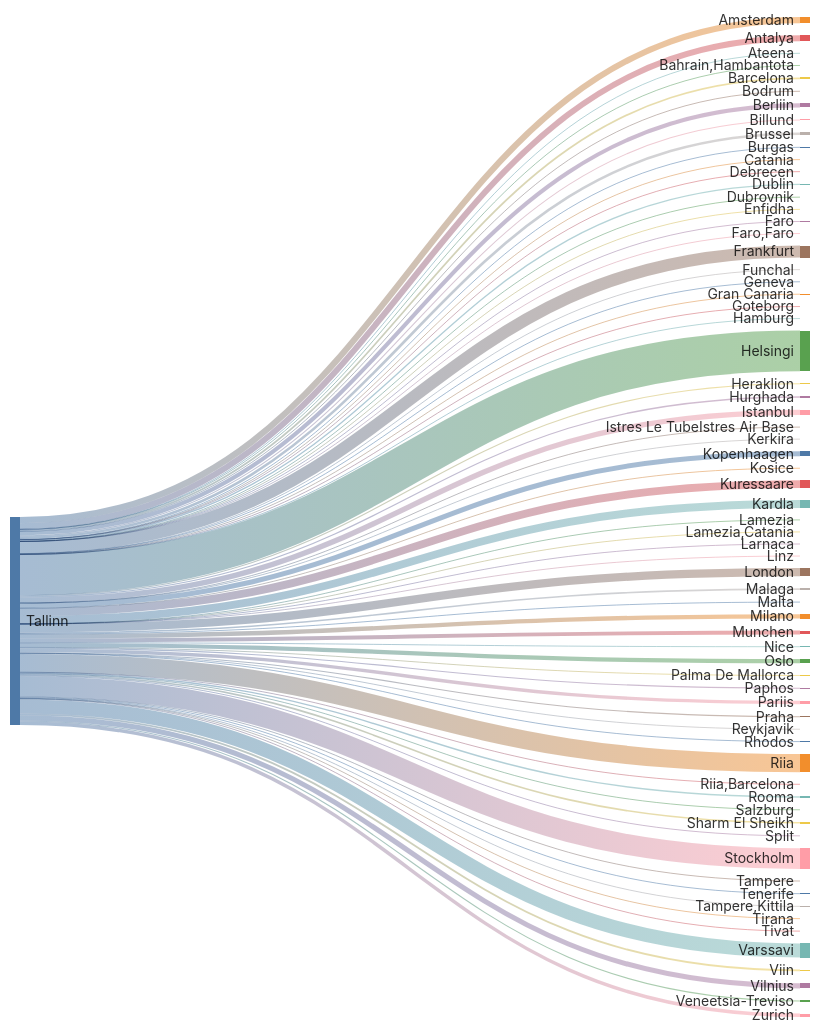
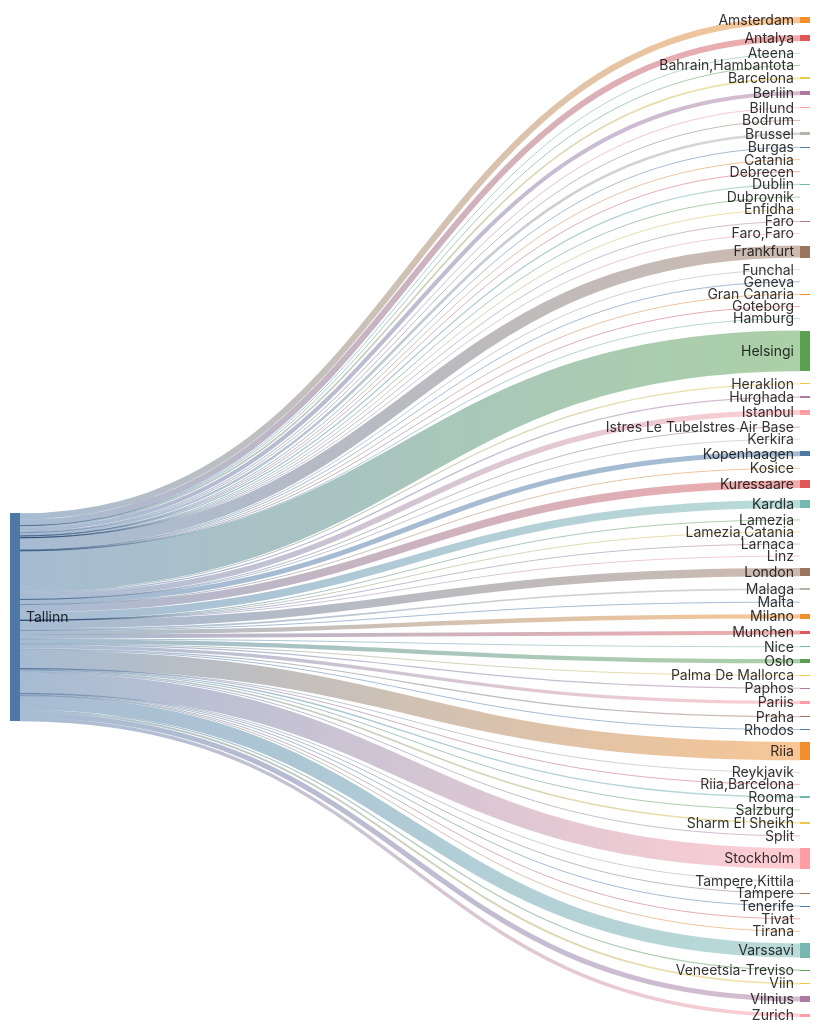
One commit to rainermesi/tll-airport-departures changed the second of 2 diagrams in README.md. Above: the diagram before and after it, drawn with Mermaid. The commit also changed other lines of this file and 1 other file, not shown here.

````diff
--- a/README.md
+++ b/README.md
@@ -34,80 +34,80 @@
 ```mermaid
 ---
 config:
   sankey:
     showValues: false
     width: 800
     height: 1000
 ---
 sankey-beta
 %% source,target,value
-Tallinn,Amsterdam,361
-Tallinn,Antalya,348
+Tallinn,Amsterdam,363
+Tallinn,Antalya,351
 Tallinn,Ateena,16
 Tallinn,"Bahrain,Hambantota",1
 Tallinn,Barcelona,101
-Tallinn,Berliin,236
+Tallinn,Berliin,238
 Tallinn,Billund,59
 Tallinn,Bodrum,11
 Tallinn,Brussel,153
-Tallinn,Burgas,32
+Tallinn,Burgas,33
 Tallinn,Catania,2
 Tallinn,Debrecen,1
 Tallinn,Dublin,77
 Tallinn,Dubrovnik,21
 Tallinn,Enfidha,7
 Tallinn,Faro,4
 Tallinn,"Faro,Faro",1
-Tallinn,Frankfurt,703
+Tallinn,Frankfurt,706
 Tallinn,Funchal,5
 Tallinn,Geneva,13
 Tallinn,Gran Canaria,38
 Tallinn,Goteborg,1
 Tallinn,Hamburg,2
-Tallinn,Helsingi,2373
-Tallinn,Heraklion,65
+Tallinn,Helsingi,2383
+Tallinn,Heraklion,66
 Tallinn,Hurghada,75
-Tallinn,Istanbul,316
+Tallinn,Istanbul,317
 Tallinn,Istres Le TubeIstres Air Base,2
 Tallinn,Kerkira,4
-Tallinn,Kopenhaagen,294
+Tallinn,Kopenhaagen,296
 Tallinn,Kosice,1
-Tallinn,Kuressaare,457
-Tallinn,Kardla,457
+Tallinn,Kuressaare,459
+Tallinn,Kardla,459
 Tallinn,Lamezia,1
 Tallinn,"Lamezia,Catania",3
 Tallinn,Larnaca,4
 Tallinn,Linz,2
-Tallinn,London,482
+Tallinn,London,483
 Tallinn,Malaga,93
 Tallinn,Malta,20
-Tallinn,Milano,254
-Tallinn,Munchen,223
-Tallinn,Nice,34
-Tallinn,Oslo,247
+Tallinn,Milano,255
+Tallinn,Munchen,225
+Tallinn,Nice,35
+Tallinn,Oslo,248
 Tallinn,Palma De Mallorca,24
 Tallinn,Paphos,66
-Tallinn,Pariis,196
+Tallinn,Pariis,197
 Tallinn,Praha,62
-Tallinn,Reykjavik,2
+Tallinn,Reykjavik,3
 Tallinn,Rhodos,42
-Tallinn,Riia,1069
+Tallinn,Riia,1073
 Tallinn,"Riia,Barcelona",1
 Tallinn,Rooma,80
 Tallinn,Salzburg,14
 Tallinn,Sharm El Sheikh,95
 Tallinn,Split,35
-Tallinn,Stockholm,1210
+Tallinn,Stockholm,1215
 Tallinn,Tampere,17
 Tallinn,"Tampere,Kittila",21
 Tallinn,Tenerife,58
 Tallinn,Tirana,15
 Tallinn,Tivat,40
-Tallinn,Varssavi,821
+Tallinn,Varssavi,824
 Tallinn,Veneetsia-Treviso,67
 Tallinn,Viin,106
-Tallinn,Vilnius,294
-Tallinn,Zurich,202
+Tallinn,Vilnius,295
+Tallinn,Zurich,203
 
 
 ```
````
